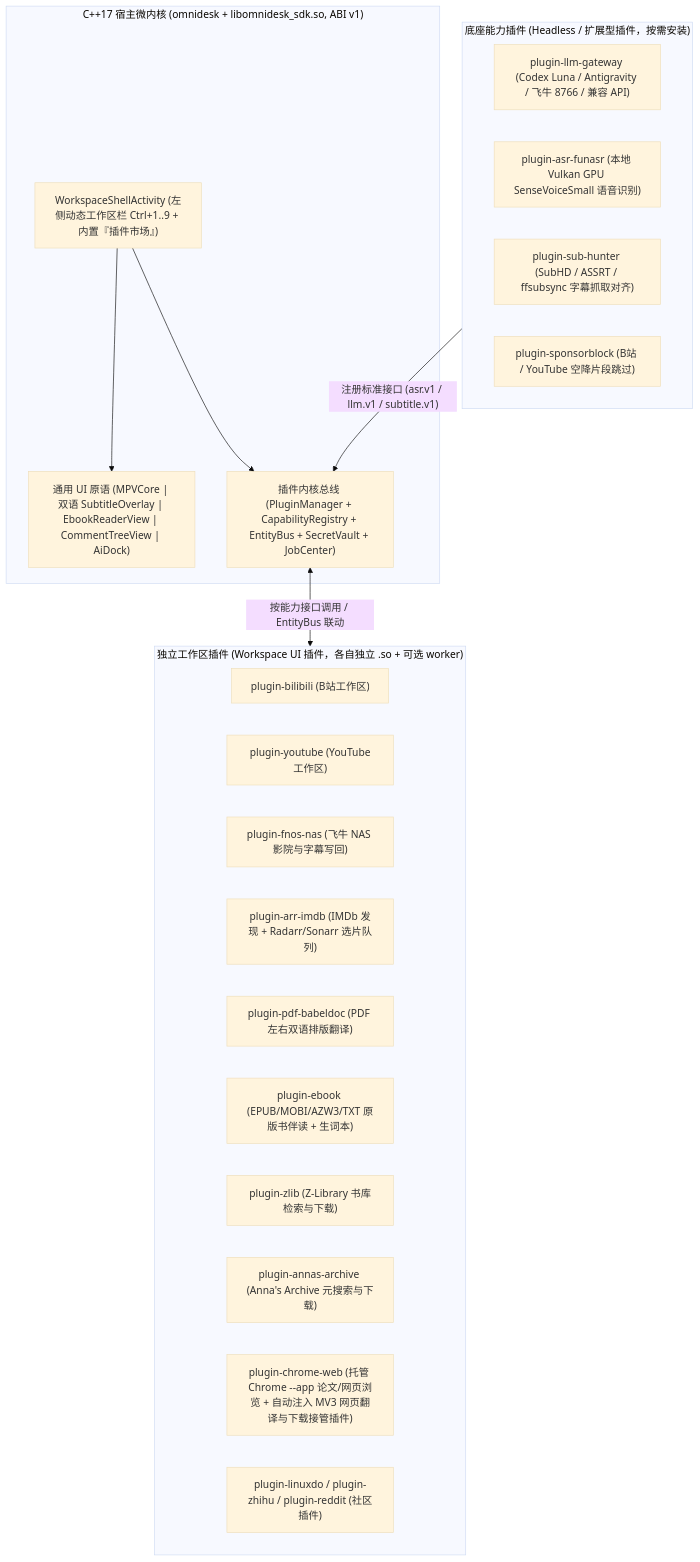
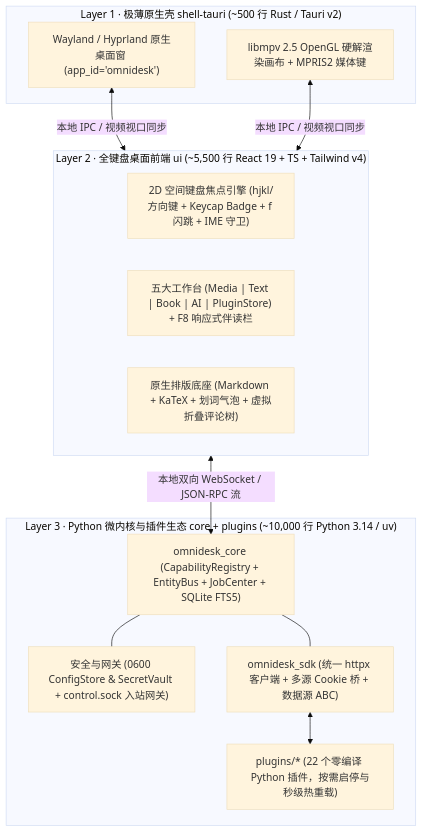
Before and after one commit to ZJFILOVE/omnidesk: the diagram in ARCHITECTURE.md, drawn with Mermaid (base theme). The commit also changed other lines of this file and 653 other files, not shown here.

First line of the commit message:
refactor: migrate OmniDesk to v2 zero-ABI architecture

````diff
--- a/ARCHITECTURE.md
+++ b/ARCHITECTURE.md
@@ -15,32 +26,25 @@
 ```mermaid
 flowchart TB
-    subgraph Microkernel["C++17 宿主微内核 (omnidesk + libomnidesk_sdk.so, ABI v1)"]
-        Shell["WorkspaceShellActivity (左侧动态工作区栏 Ctrl+1..9 + 内置『插件市场』)"]
-        CoreUI["通用 UI 原语 (MPVCore | 双语 SubtitleOverlay | EbookReaderView | CommentTreeView | AiDock)"]
-        Bus["插件内核总线 (PluginManager + CapabilityRegistry + EntityBus + SecretVault + JobCenter)"]
+    subgraph Shell["Layer 1 · 极薄原生壳 shell-tauri (~500 行 Rust / Tauri v2)"]
+        WL["Wayland / Hyprland 原生桌面窗 (app_id='omnidesk')"]
+        MPV["libmpv 2.5 OpenGL 硬解渲染画布 + MPRIS2 媒体键"]
     end
 
-    subgraph Providers["底座能力插件 (Headless / 扩展型插件，按需安装)"]
-        C_LLM["plugin-llm-gateway (Codex Luna / Antigravity / 飞牛 8766 / 兼容 API)"]
-        C_ASR["plugin-asr-funasr (本地 Vulkan GPU SenseVoiceSmall 语音识别)"]
-        C_SUB["plugin-sub-hunter (SubHD / ASSRT / ffsubsync 字幕抓取对齐)"]
-        C_SB["plugin-sponsorblock (B站 / YouTube 空降片段跳过)"]
+    subgraph UI["Layer 2 · 全键盘桌面前端 ui (~5,500 行 React 19 + TS + Tailwind v4)"]
+        Focus["2D 空间键盘焦点引擎 (hjkl/方向键 + Keycap Badge + f 闪跳 + IME 守卫)"]
+        WB["五大工作台 (Media | Text | Book | AI | PluginStore) + F8 响应式伴读栏"]
+        Reader["原生排版底座 (Markdown + KaTeX + 划词气泡 + 虚拟折叠评论树)"]
     end
 
-    subgraph Workspaces["独立工作区插件 (Workspace UI 插件，各自独立 .so + 可选 worker)"]
-        W_BILI["plugin-bilibili (B站工作区)"]
-        W_YT["plugin-youtube (YouTube工作区)"]
-        W_NAS["plugin-fnos-nas (飞牛 NAS 影院与字幕写回)"]
-        W_ARR["plugin-arr-imdb (IMDb 发现 + Radarr/Sonarr 选片队列)"]
-        W_PDF["plugin-pdf-babeldoc (PDF 左右双语排版翻译)"]
-        W_EBOOK["plugin-ebook (EPUB/MOBI/AZW3/TXT 原版书伴读 + 生词本)"]
-        W_ZLIB["plugin-zlib (Z-Library 书库检索与下载)"]
-        W_ANNAS["plugin-annas-archive (Anna's Archive 元搜索与下载)"]
-        W_CHROME["plugin-chrome-web (托管 Chrome --app 论文/网页浏览 + 自动注入 MV3 网页翻译与下载接管插件)"]
-        W_COMM["plugin-linuxdo / plugin-zhihu / plugin-reddit (社区插件)"]
+    subgraph Core["Layer 3 · Python 微内核与插件生态 core + plugins (~10,000 行 Python 3.14 / uv)"]
+        Bus["omnidesk_core (CapabilityRegistry + EntityBus + JobCenter + SQLite FTS5)"]
+        Sec["安全与网关 (0600 ConfigStore & SecretVault + control.sock 入站网关)"]
+        SDK["omnidesk_sdk (统一 httpx 客户端 + 多源 Cookie 桥 + 数据源 ABC)"]
+        Plugs["plugins/* (22 个零编译 Python 插件，按需启停与秒级热重载)"]
     end
 
-    Providers -->|"注册标准接口 (asr.v1 / llm.v1 / subtitle.v1)"| Bus
-    Bus <-->|"按能力接口调用 / EntityBus 联动"| Workspaces
-    Shell --> CoreUI & Bus
+    WL & MPV <-->|"本地 IPC / 视频视口同步"| UI
+    UI <-->|"本地双向 WebSocket / JSON-RPC 流"| Bus
+    Bus --- Sec & SDK
+    SDK <--> Plugs
 ```
````
